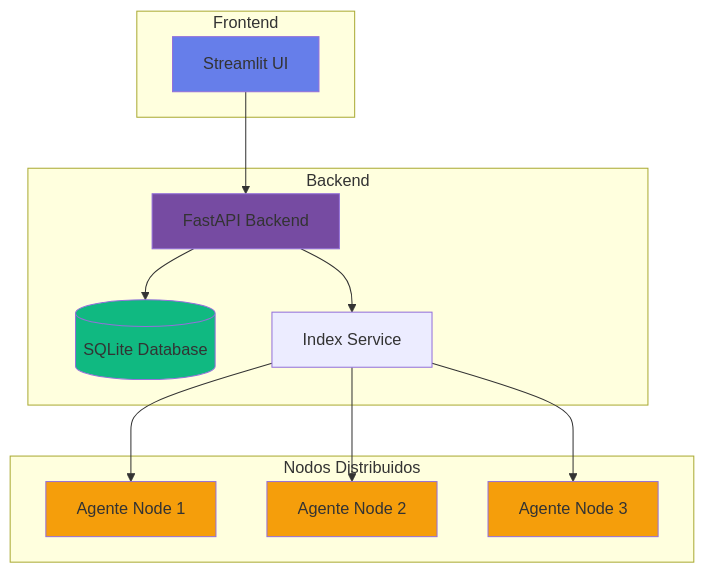
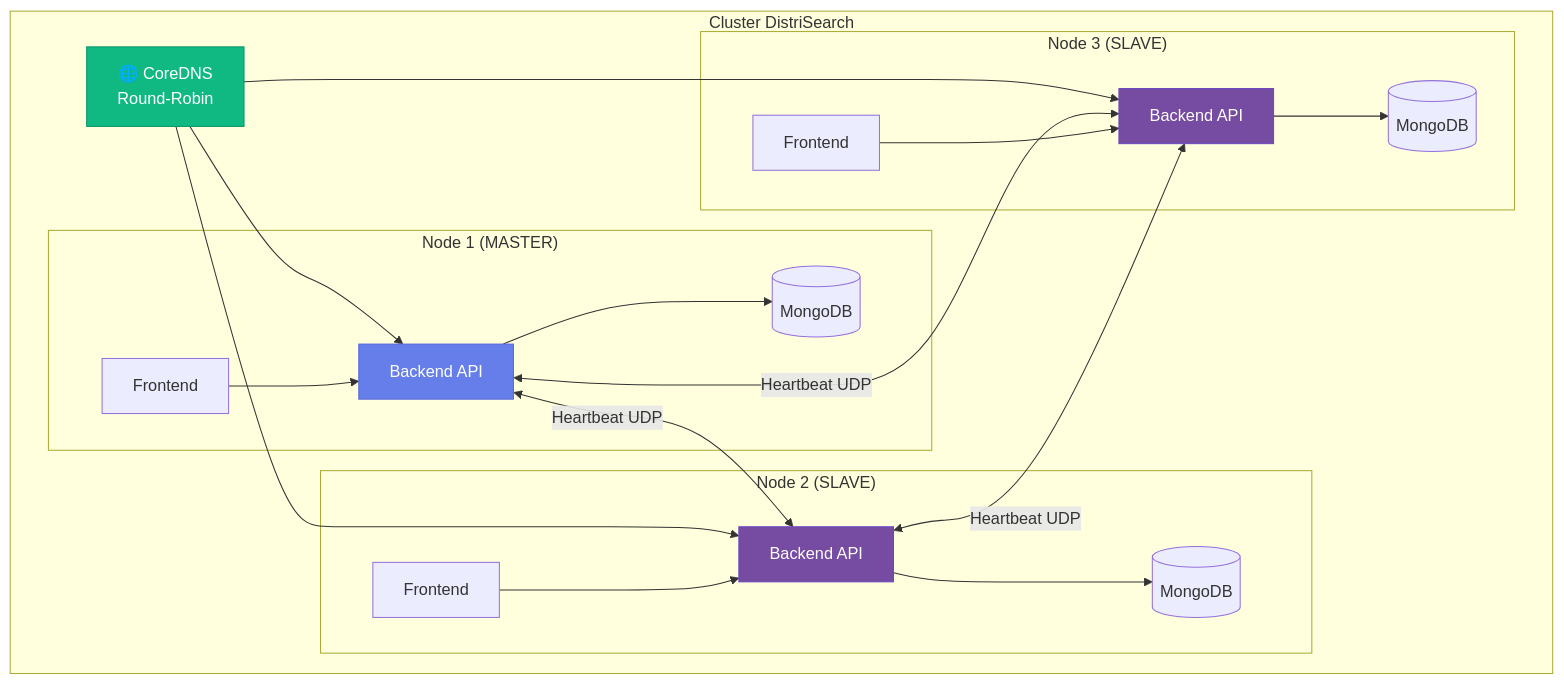
One commit to Pol4720/DistriSearch changed the diagram in docs/index.md. Above: the diagram before and after it, drawn with Mermaid. The commit also changed other lines of this file and 59 other files, not shown here.

First line of the commit message:
Refactor documentation and styles for DistriSearch

````diff
--- a/docs/index.md
+++ b/docs/index.md
@@ -96,32 +112,45 @@
 ```mermaid
 graph TB
-    subgraph "Frontend"
-        UI[Streamlit UI]
+    subgraph "Cluster DistriSearch"
+        DNS[🌐 CoreDNS<br/>Round-Robin]
+        
+        subgraph "Node 1 (MASTER)"
+            M_B[Backend API]
+            M_F[Frontend]
+            M_DB[(MongoDB)]
+        end
+        
+        subgraph "Node 2 (SLAVE)"
+            S1_B[Backend API]
+            S1_F[Frontend]
+            S1_DB[(MongoDB)]
+        end
+        
+        subgraph "Node 3 (SLAVE)"
+            S2_B[Backend API]
+            S2_F[Frontend]
+            S2_DB[(MongoDB)]
+        end
     end
     
-    subgraph "Backend"
-        API[FastAPI Backend]
-        DB[(SQLite Database)]
-        INDEX[Index Service]
-    end
+    DNS --> M_B
+    DNS --> S1_B
+    DNS --> S2_B
     
-    subgraph "Nodos Distribuidos"
-        N1[Agente Node 1]
-        N2[Agente Node 2]
-        N3[Agente Node 3]
-    end
+    M_B <-->|Heartbeat UDP| S1_B
+    M_B <-->|Heartbeat UDP| S2_B
+    S1_B <-->|Heartbeat UDP| S2_B
     
-    UI --> API
-    API --> DB
-    API --> INDEX
-    INDEX --> N1
-    INDEX --> N2
-    INDEX --> N3
+    M_B --> M_DB
+    S1_B --> S1_DB
+    S2_B --> S2_DB
     
-    style UI fill:#667eea
-    style API fill:#764ba2
-    style DB fill:#10b981
-    style N1 fill:#f59e0b
-    style N2 fill:#f59e0b
-    style N3 fill:#f59e0b
+    M_F --> M_B
+    S1_F --> S1_B
+    S2_F --> S2_B
+    
+    style DNS fill:#10b981,stroke:#059669,color:#fff
+    style M_B fill:#667eea,stroke:#5a67d8,color:#fff
+    style S1_B fill:#764ba2,stroke:#6b46c1,color:#fff
+    style S2_B fill:#764ba2,stroke:#6b46c1,color:#fff
 ```
````
